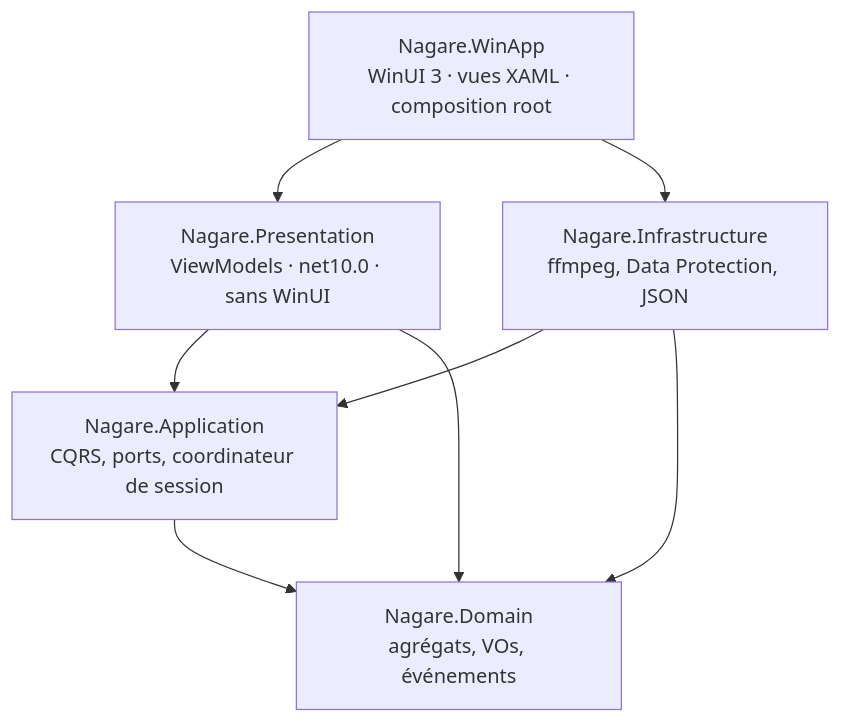
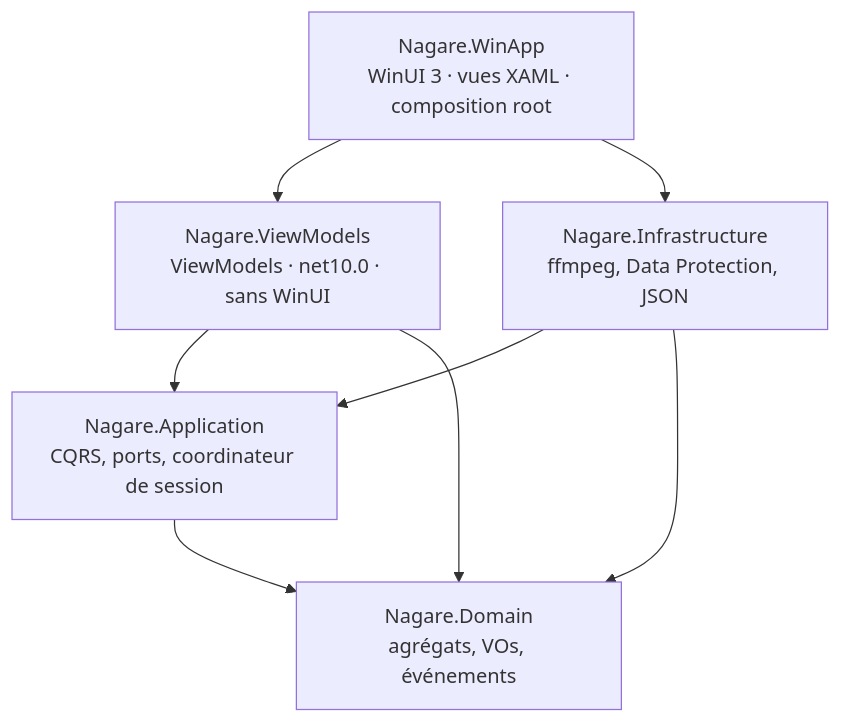
One commit to oliver254/Nagare changed the first of 3 diagrams in docs/ARCHITECTURE.md. Above: the diagram before and after it, drawn with Mermaid. The commit also changed other lines of this file and 28 other files, not shown here.

First line of the commit message:
refactor: Nagare.Presentation -> Nagare.ViewModels + préflight descendu dans Application

````diff
--- a/docs/ARCHITECTURE.md
+++ b/docs/ARCHITECTURE.md
@@ -29,10 +29,10 @@
 ```mermaid
 graph TD
-    Win[Nagare.WinApp<br/>WinUI 3 · vues XAML · composition root] --> Pres[Nagare.Presentation<br/>ViewModels · net10.0 · sans WinUI]
+    Win[Nagare.WinApp<br/>WinUI 3 · vues XAML · composition root] --> Vm[Nagare.ViewModels<br/>ViewModels · net10.0 · sans WinUI]
     Win --> Infra[Nagare.Infrastructure<br/>ffmpeg, Data Protection, JSON]
-    Pres --> App[Nagare.Application<br/>CQRS, ports, coordinateur de session]
+    Vm --> App[Nagare.Application<br/>CQRS, ports, coordinateur de session]
     Infra --> App
     App --> Dom[Nagare.Domain<br/>agrégats, VOs, événements]
     Infra --> Dom
-    Pres --> Dom
+    Vm --> Dom
 ```
````
